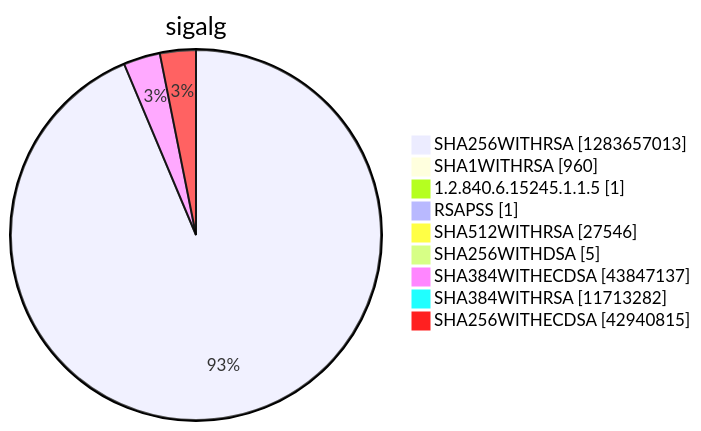
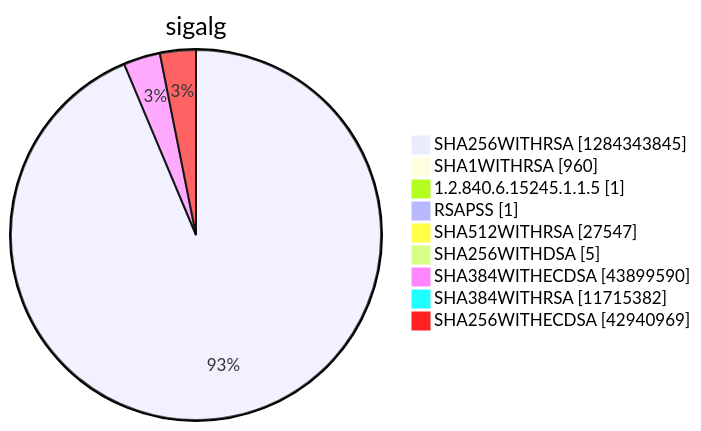
Diagram 15 of 15 in argon2022/README.md (christiankrug/ctmonitor_visualization), drawn with Mermaid before and after one commit. The commit also changed other lines of this file, not shown here.

````diff
--- a/argon2022/README.md
+++ b/argon2022/README.md
@@ -5523,13 +5523,13 @@
 ```mermaid
 pie showData
 title sigalg
-"SHA256WITHRSA" :1283657013
+"SHA256WITHRSA" :1284343845
 "SHA1WITHRSA" :960
 "1.2.840.6.15245.1.1.5" :1
 "RSAPSS" :1
-"SHA512WITHRSA" :27546
+"SHA512WITHRSA" :27547
 "SHA256WITHDSA" :5
-"SHA384WITHECDSA" :43847137
-"SHA384WITHRSA" :11713282
-"SHA256WITHECDSA" :42940815
+"SHA384WITHECDSA" :43899590
+"SHA384WITHRSA" :11715382
+"SHA256WITHECDSA" :42940969
 ```
````
